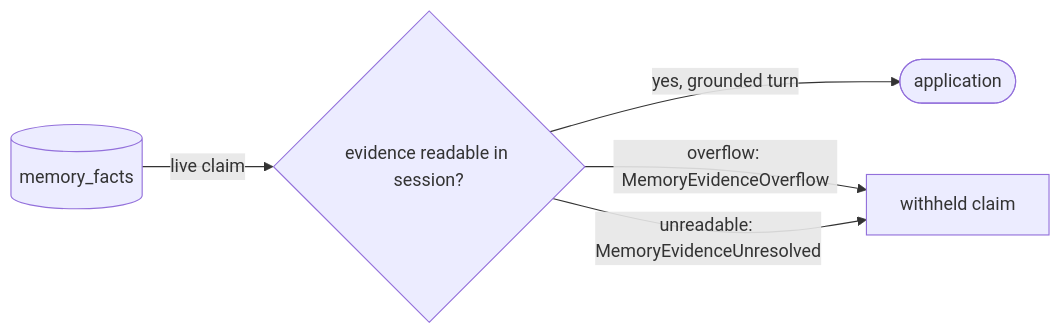
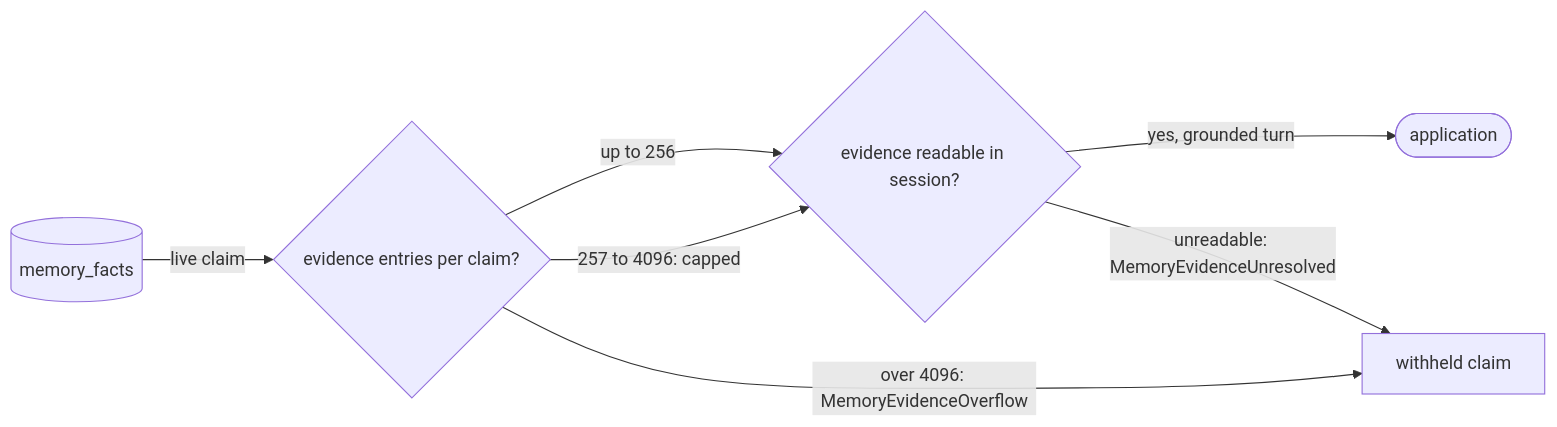
One commit to fractalboxdev/contextful changed the third of 4 diagrams in spec/21-memory.md. Above: the diagram before and after it, drawn with Mermaid. The commit also changed other lines of this file and 14 other files, not shown here.

````diff
--- a/spec/21-memory.md
+++ b/spec/21-memory.md
@@ -174,7 +177,9 @@
 ```mermaid
 flowchart LR
-  FACTS[("memory_facts")] -->|"live claim"| EV{"evidence readable in session?"}
+  FACTS[("memory_facts")] -->|"live claim"| COUNT{"evidence entries per claim?"}
+  COUNT -->|"up to 256"| EV{"evidence readable in session?"}
+  COUNT -->|"257 to 4096: capped"| EV
+  COUNT -->|"over 4096: MemoryEvidenceOverflow"| HELD["withheld claim"]
   EV -->|"yes, grounded turn"| APP(["application"])
-  EV -->|"overflow: MemoryEvidenceOverflow"| HELD["withheld claim"]
   EV -->|"unreadable: MemoryEvidenceUnresolved"| HELD
 ```
````
